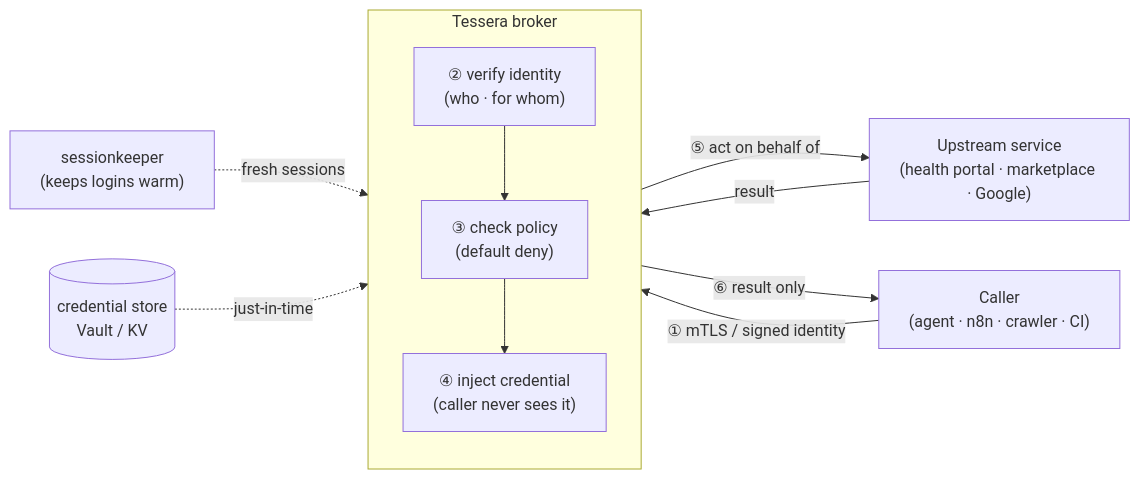
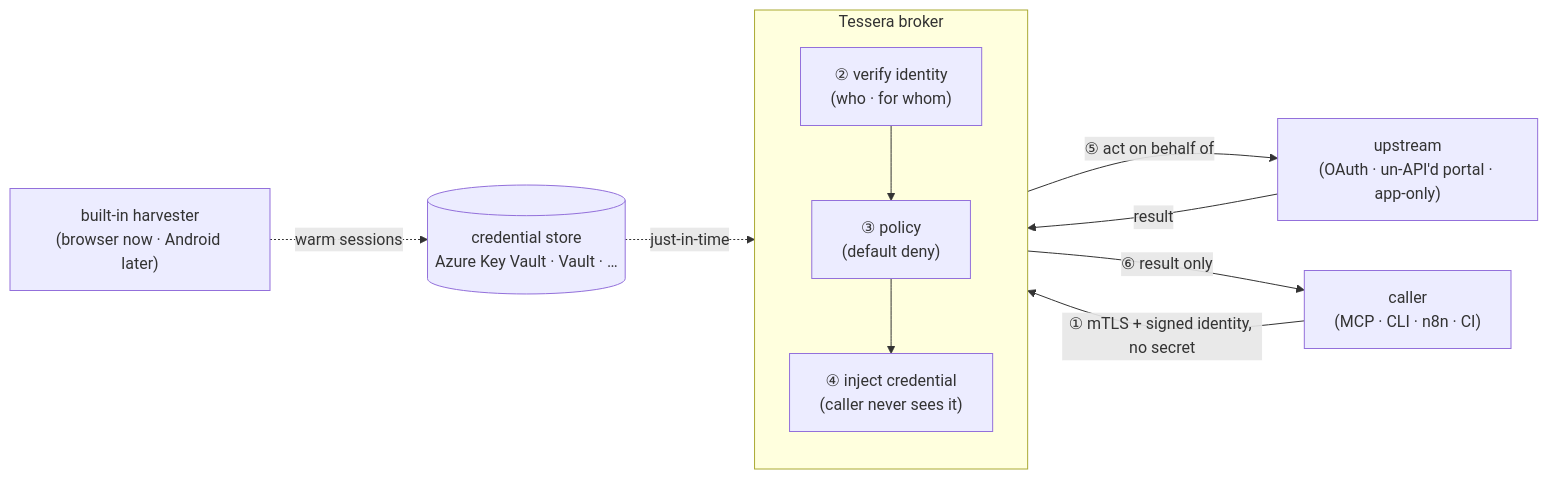
One commit to dragoshont/tessera changed the diagram in README.md. Above: the diagram before and after it, drawn with Mermaid. The commit also changed other lines of this file and 16 other files, not shown here.

First line of the commit message:
docs: complete .NET architecture, ADRs, and specs (design phase)

````diff
--- a/README.md
+++ b/README.md
@@ -81,12 +75,12 @@
 ```mermaid
 flowchart LR
-    A["Caller<br/>(agent · n8n · crawler · CI)"] -->|① mTLS / signed identity| T
+    A["caller<br/>(MCP · CLI · n8n · CI)"] -->|① mTLS + signed identity, no secret| T
     subgraph T["Tessera broker"]
       direction TB
-      V["② verify identity<br/>(who · for whom)"] --> P["③ check policy<br/>(default deny)"] --> I["④ inject credential<br/>(caller never sees it)"]
+      V["② verify identity<br/>(who · for whom)"] --> P["③ policy<br/>(default deny)"] --> I["④ inject credential<br/>(caller never sees it)"]
     end
-    I -->|⑤ act on behalf of| U["Upstream service<br/>(health portal · marketplace · Google)"]
+    I -->|⑤ act on behalf of| U["upstream<br/>(OAuth · un-API'd portal · app-only)"]
     U -->|result| T -->|⑥ result only| A
-    S["sessionkeeper<br/>(keeps logins warm)"] -.->|fresh sessions| T
-    KV[("credential store<br/>Vault / KV")] -.->|just-in-time| T
+    H["built-in harvester<br/>(browser now · Android later)"] -.->|warm sessions| KV
+    KV[("credential store<br/>Azure Key Vault · Vault · …")] -.->|just-in-time| T
 ```
````
